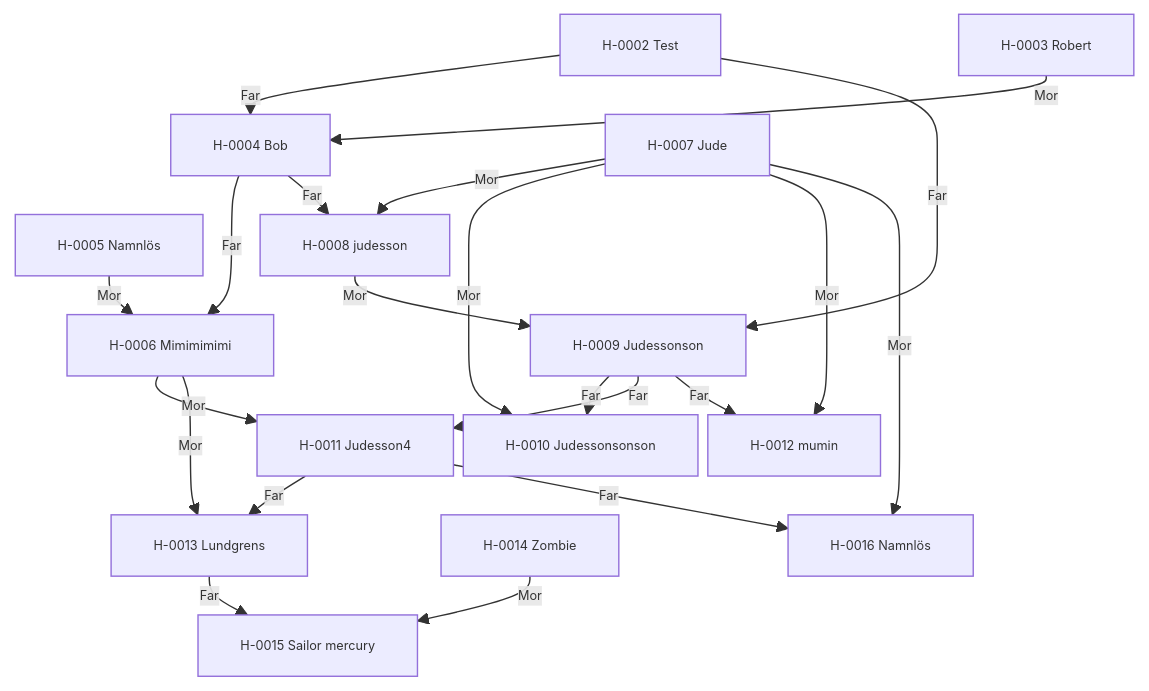
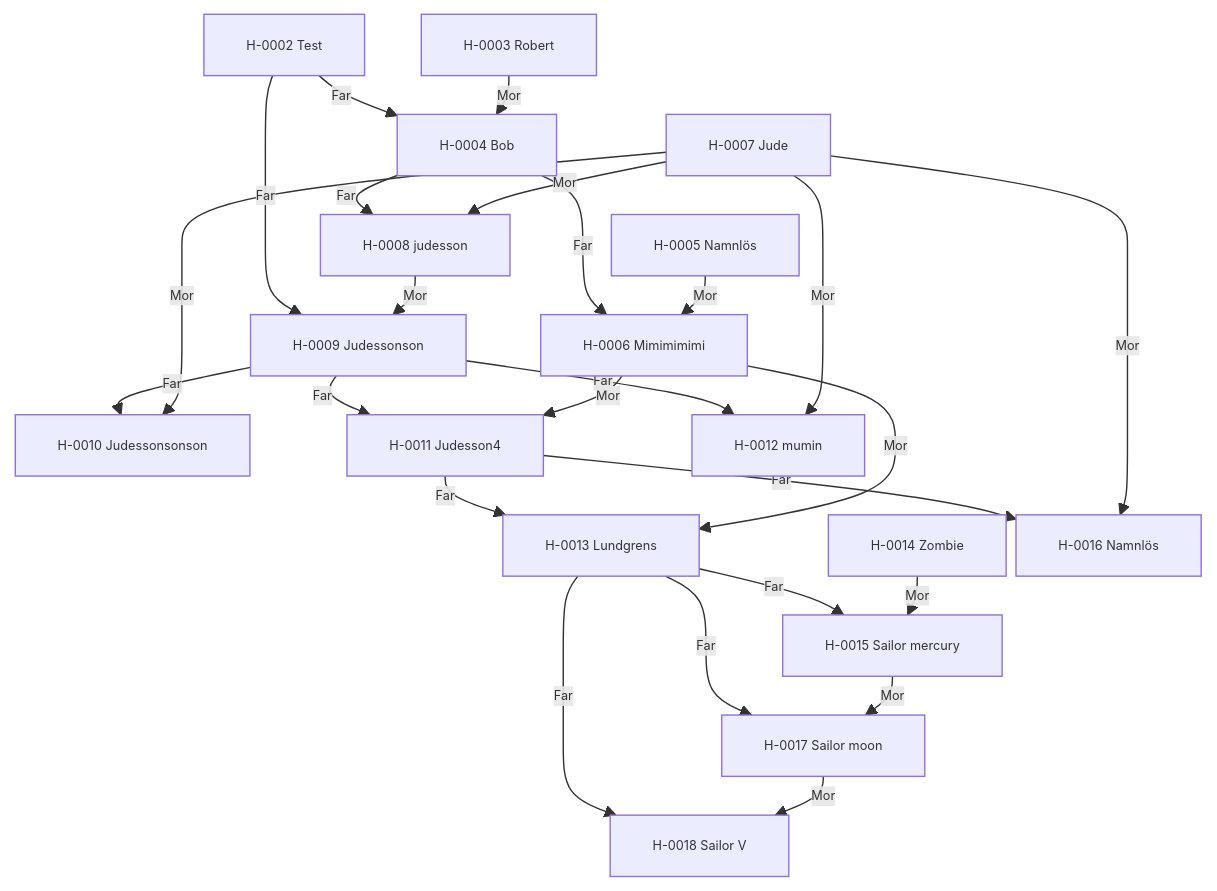
The diagram in content/02. Register/02.3 Stamtavlor/Stamtavla H-0002.md (awoltmp/horse-registry), drawn with Mermaid before and after one commit. The commit also changed other lines of this file and 49 other files, not shown here.

````diff
--- a/content/02. Register/02.3 Stamtavlor/Stamtavla H-0002.md
+++ b/content/02. Register/02.3 Stamtavlor/Stamtavla H-0002.md
@@ -23,40 +23,46 @@
 ```mermaid
 %%{init: {"flowchart": {"nodeSpacing": 7, "rankSpacing": 14, "curve": "basis", "htmlLabels": true}, "themeVariables": {"fontSize": "9px"}}}%%
 flowchart TB
     h0["H-0002 Test"]
     h1["H-0003 Robert"]
     h2["H-0004 Bob"]
     h3["H-0005 Namnlös"]
     h4["H-0006 Mimimimimi"]
     h5["H-0007 Jude"]
     h6["H-0008 judesson"]
     h7["H-0009 Judessonson"]
     h8["H-0010 Judessonsonson"]
     h9["H-0011 Judesson4"]
     h10["H-0012 mumin"]
     h11["H-0013 Lundgrens"]
     h12["H-0014 Zombie"]
     h13["H-0015 Sailor mercury"]
     h14["H-0016 Namnlös"]
+    h15["H-0017 Sailor moon"]
+    h16["H-0018 Sailor V"]
     h0 -->|Far| h2
     h1 -->|Mor| h2
     h2 -->|Far| h4
     h3 -->|Mor| h4
     h2 -->|Far| h6
     h5 -->|Mor| h6
     h0 -->|Far| h7
     h6 -->|Mor| h7
     h7 -->|Far| h8
     h5 -->|Mor| h8
     h7 -->|Far| h9
     h4 -->|Mor| h9
     h7 -->|Far| h10
     h5 -->|Mor| h10
     h9 -->|Far| h11
     h4 -->|Mor| h11
     h11 -->|Far| h13
     h12 -->|Mor| h13
     h9 -->|Far| h14
     h5 -->|Mor| h14
-    class h0,h1,h2,h3,h4,h5,h6,h7,h8,h9,h10,h11,h12,h13,h14 internal-link;
+    h11 -->|Far| h15
+    h13 -->|Mor| h15
+    h11 -->|Far| h16
+    h15 -->|Mor| h16
+    class h0,h1,h2,h3,h4,h5,h6,h7,h8,h9,h10,h11,h12,h13,h14,h15,h16 internal-link;
 ```
````
